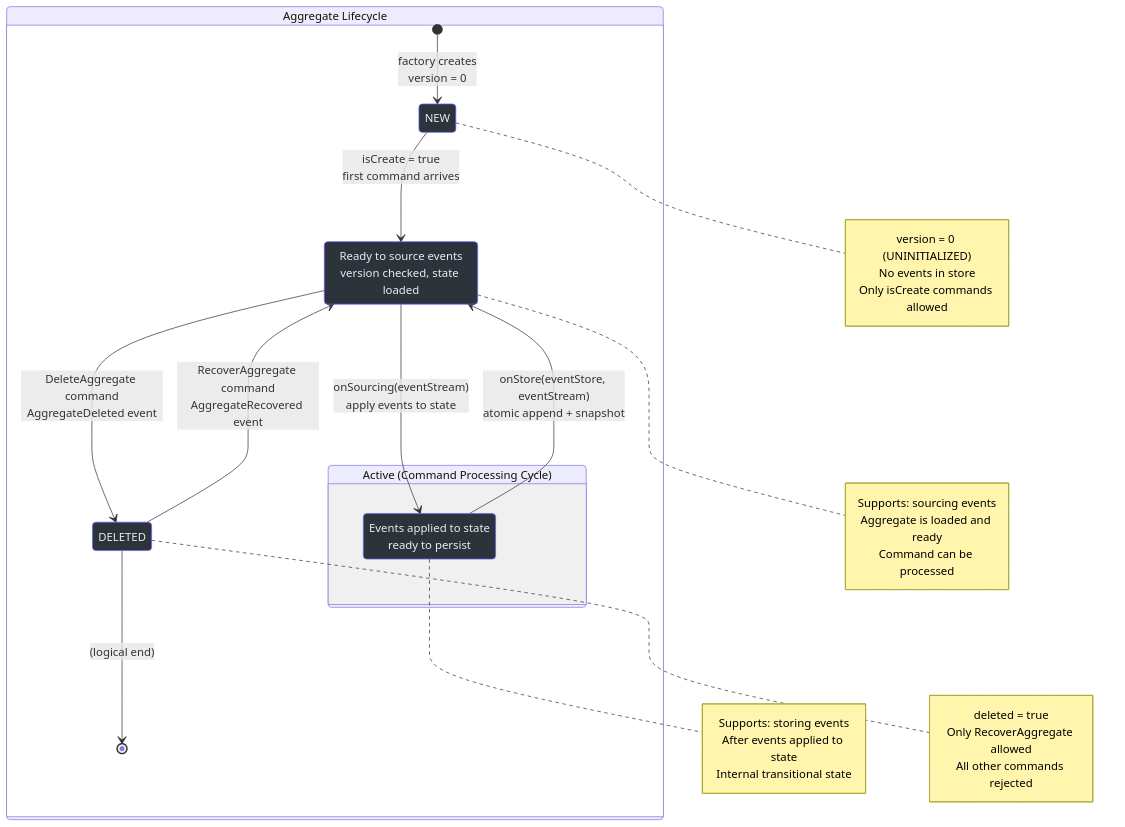
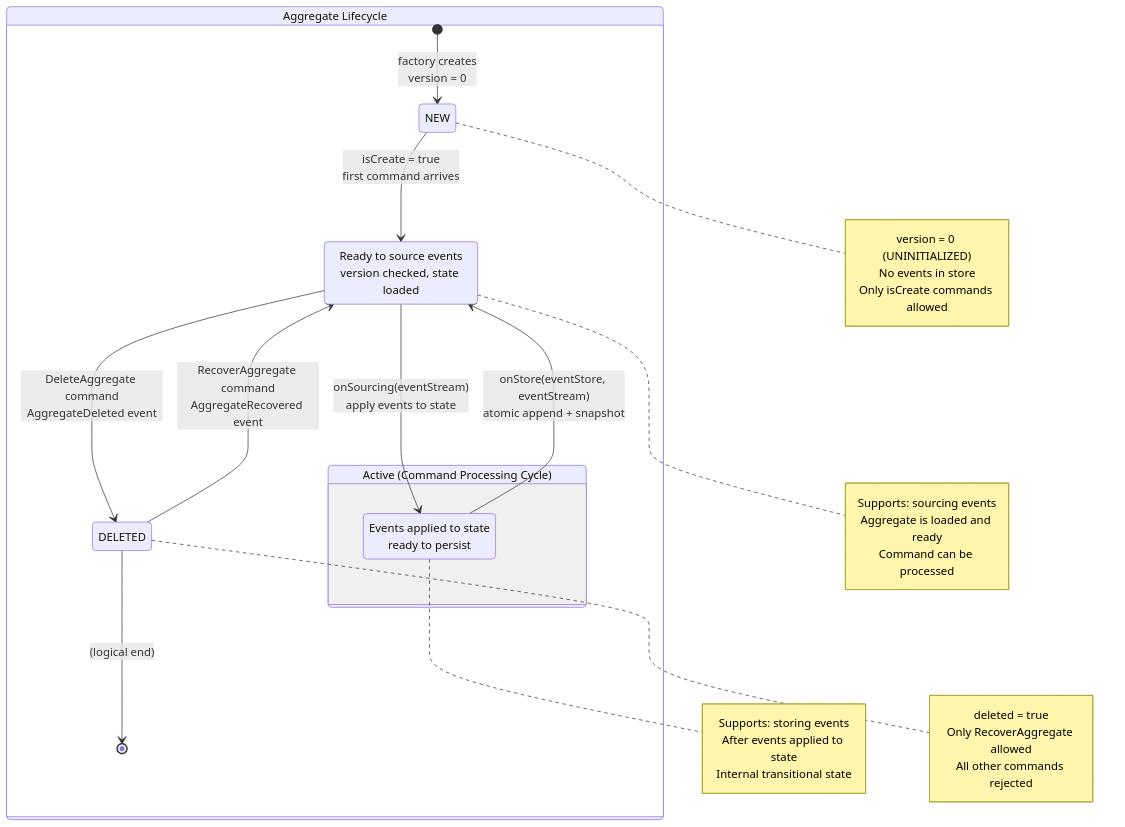
Before and after one commit to Ahoo-Wang/Wow: the first of 4 diagrams in documentation/docs/en/deep-dive/architecture/aggregate-lifecycle.md, drawn with Mermaid. The commit also changed other lines of this file and 32 other files, not shown here.

Commit message:
docs: remove unsupported style/classDef directives from stateDiagram-v2 Mermaid blocks

````diff
--- a/documentation/docs/en/deep-dive/architecture/aggregate-lifecycle.md
+++ b/documentation/docs/en/deep-dive/architecture/aggregate-lifecycle.md
@@ -29,50 +29,46 @@
 ```mermaid
 stateDiagram-v2
     direction TB
 
     state "Aggregate Lifecycle" as FullLifecycle {
         [*] --> NEW : factory creates<br>version = 0
 
         state "Active (Command Processing Cycle)" as Active {
             STORED : Ready to source events<br>version checked, state loaded
             SOURCED : Events applied to state<br>ready to persist
 
             STORED --> SOURCED : onSourcing(eventStream)<br>apply events to state
             SOURCED --> STORED : onStore(eventStore, eventStream)<br>atomic append + snapshot
         }
 
         NEW --> STORED : isCreate = true<br>first command arrives
         STORED --> DELETED : DeleteAggregate command<br>AggregateDeleted event
         DELETED --> STORED : RecoverAggregate command<br>AggregateRecovered event
         DELETED --> [*] : (logical end)
     }
 
     note right of NEW
         version = 0 (UNINITIALIZED)
         No events in store
         Only isCreate commands allowed
     end note
 
     note right of STORED
         Supports: sourcing events
         Aggregate is loaded and ready
         Command can be processed
     end note
 
     note right of SOURCED
         Supports: storing events
         After events applied to state
         Internal transitional state
     end note
 
     note right of DELETED
         deleted = true
         Only RecoverAggregate allowed
         All other commands rejected
     end note
 
-    style NEW fill:#2d333b,stroke:#6d5dfc,color:#e6edf3
-    style STORED fill:#2d333b,stroke:#6d5dfc,color:#e6edf3
-    style SOURCED fill:#2d333b,stroke:#6d5dfc,color:#e6edf3
-    style DELETED fill:#2d333b,stroke:#6d5dfc,color:#e6edf3
 ```
````
